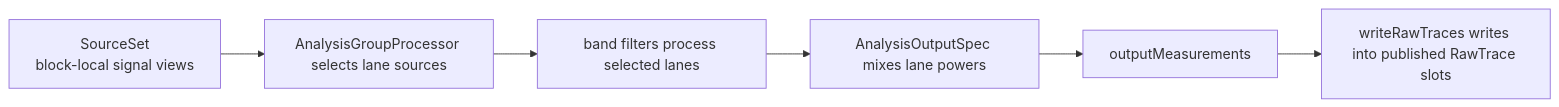
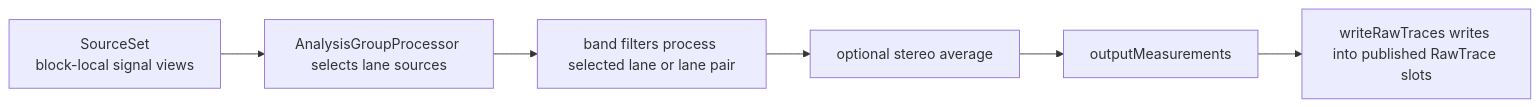
The sixth of 8 diagrams in docs/audio-processing-architecture.md (Silenterc/Band-Spectrum-Analyzer), drawn with Mermaid before and after one commit. The commit also changed other lines of this file and 35 other files, not shown here.

````diff
--- a/docs/audio-processing-architecture.md
+++ b/docs/audio-processing-architecture.md
@@ -142,8 +142,8 @@
 ```mermaid
 flowchart LR
     SourceSet[SourceSet\nblock-local signal views] --> Select[AnalysisGroupProcessor selects lane sources]
-    Select --> Filter[band filters process selected lanes]
-    Filter --> Mix[AnalysisOutputSpec mixes lane powers]
+    Select --> Filter[band filters process selected lane or lane pair]
+    Filter --> Mix[optional stereo average]
     Mix --> Measurements[outputMeasurements]
     Measurements --> RawTrace[writeRawTraces writes into published RawTrace slots]
 ```
````
